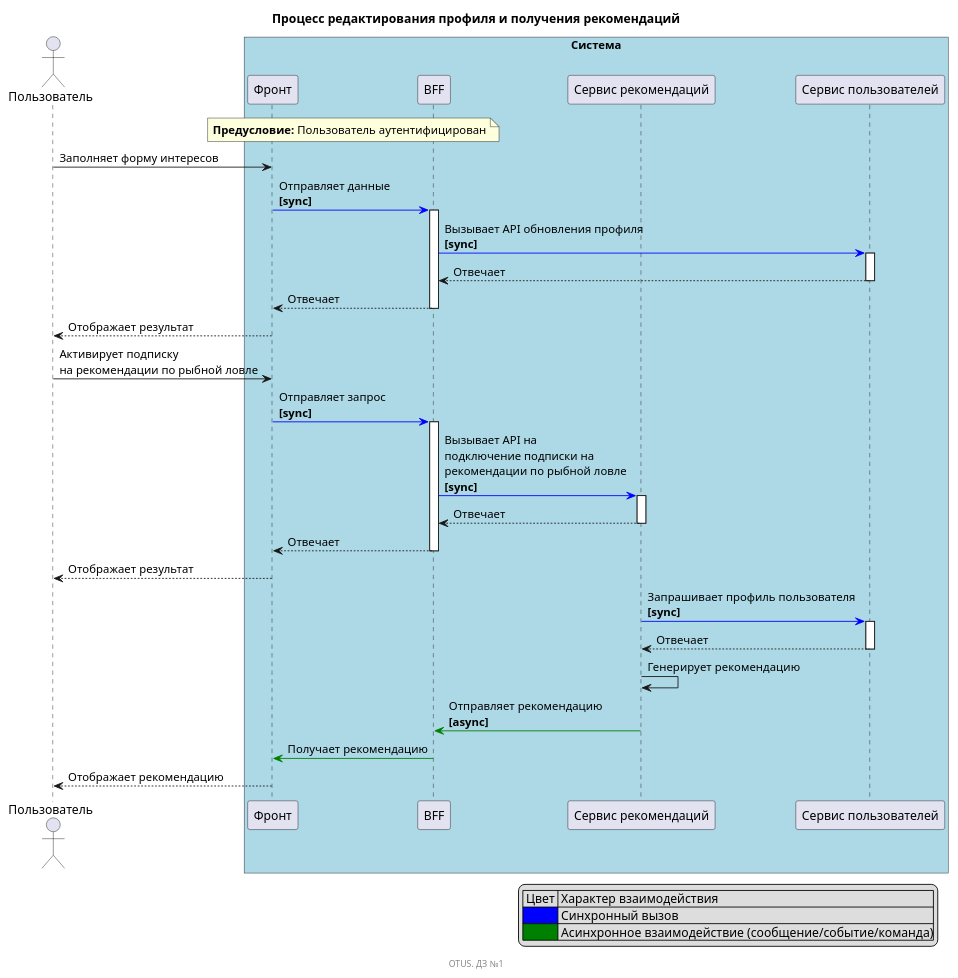
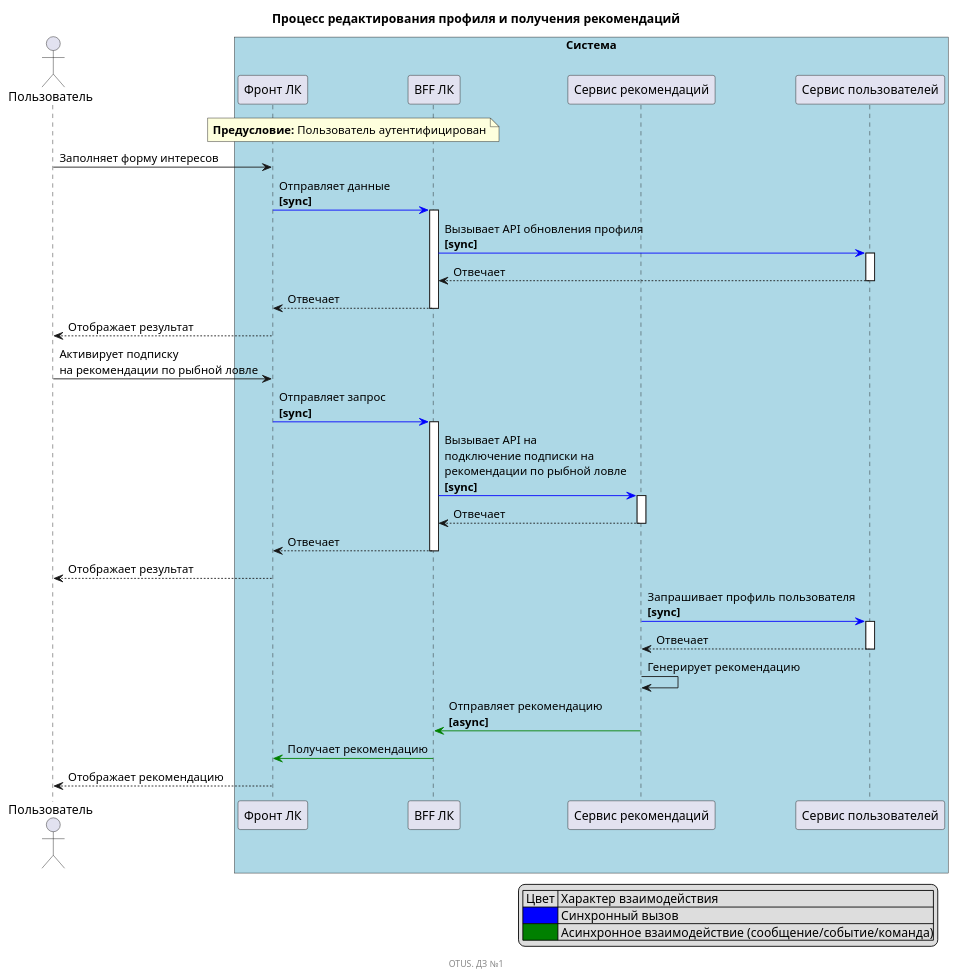
One commit to jetio/microservices_architecture_otus changed the diagram in Homework_1/Sequence_EditProfile.puml. Above: the diagram before and after it, drawn with PlantUML. The commit also changed 12 other files, not shown here.

Commit message:
[HW_1] Доработаны диаграммы

```diff
--- a/Homework_1/Sequence_EditProfile.puml
+++ b/Homework_1/Sequence_EditProfile.puml
@@ -1,45 +1,45 @@
 @startuml
 title Процесс редактирования профиля и получения рекомендаций
 footer OTUS. ДЗ №1
 
 actor "Пользователь" as USER order 1
 
 box "Система" #LightBlue
-    participant "Фронт" as FRONT order 10
-    participant "BFF" as BFF order 20
+    participant "Фронт ЛК" as FRONT order 10
+    participant "BFF ЛК" as BFF order 20
     participant "Сервис рекомендаций" as SERVICE_ADVICE order 30
     participant "Сервиc пользователей" as SERVICE_USERS order 40
 end box
 
 note over FRONT, BFF
 <b>Предусловие:</b> Пользователь аутентифицирован
 end note
 
 USER -> FRONT : Заполняет форму интересов
 FRONT -[#blue]> BFF ++ : Отправляет данные\n<b>[sync]
 BFF -[#blue]> SERVICE_USERS ++: Вызывает API обновления профиля\n<b>[sync]
 SERVICE_USERS --> BFF -- : Отвечает
 BFF --> FRONT -- : Отвечает
 FRONT --> USER : Отображает результат
 
 USER -> FRONT : Активирует подписку\nна рекомендации по рыбной ловле
 FRONT -[#blue]> BFF ++ : Отправляет запрос\n<b>[sync]
 BFF -[#blue]> SERVICE_ADVICE ++: Вызывает API на\nподключение подписки на\nрекомендации по рыбной ловле\n<b>[sync]
 SERVICE_ADVICE --> BFF -- : Отвечает
 BFF --> FRONT -- : Отвечает
 FRONT --> USER : Отображает результат
 
 SERVICE_ADVICE -[#blue]> SERVICE_USERS ++: Запрашивает профиль пользователя\n<b>[sync]
 SERVICE_USERS --> SERVICE_ADVICE -- : Отвечает
 SERVICE_ADVICE -> SERVICE_ADVICE : Генерирует рекомендацию
 SERVICE_ADVICE -[#green]> BFF : Отправляет рекомендацию\n<b>[async]
 BFF -[#green]> FRONT : Получает рекомендацию
 FRONT --> USER : Отображает рекомендацию
 
 legend right
 | Цвет | Характер взаимодействия |
 |<#Blue>| Синхронный вызов |
 |<#Green>| Асинхронное взаимодействие (сообщение/событие/команда)|
 end legend
 
 @enduml
```
